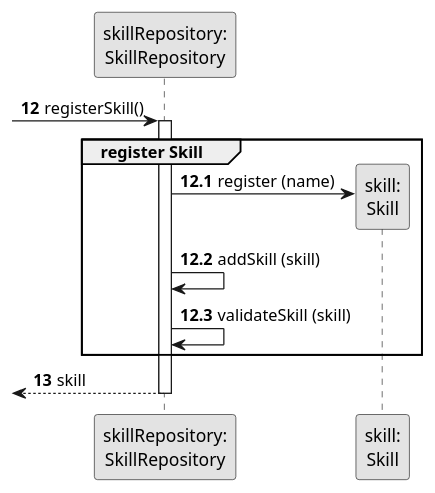
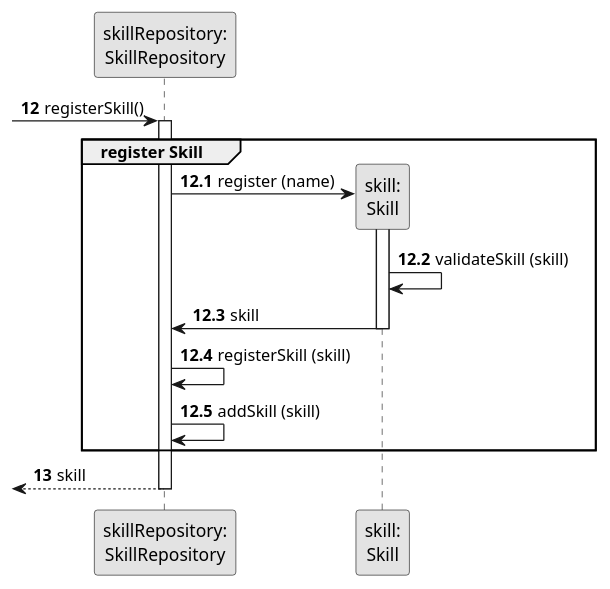
One commit to daniel41silva05/ISEP_2023_2024_LAPR2 changed the diagram in docs/sprintA&B/us001/03.design/puml/us001-sequence-diagram-partial-register-skill.puml. Above: the diagram before and after it, drawn with PlantUML. The commit also changed 3 other files, not shown here.

```diff
--- a/docs/sprintA&B/us001/03.design/puml/us001-sequence-diagram-partial-register-skill.puml
+++ b/docs/sprintA&B/us001/03.design/puml/us001-sequence-diagram-partial-register-skill.puml
@@ -1,32 +1,39 @@
 @startuml
 skinparam monochrome true
 skinparam packageStyle rectangle
 skinparam shadowing false
 
 autonumber
 
 'hide footbox
 
 participant "skillRepository:\nSkillRepository" as SkillREP
 participant "skill:\nSkill" as SKILL
 
 autonumber 12
 
  -> SkillREP : registerSkill()
 autonumber 12.1
 activate SkillREP
     group register Skill
 
             SkillREP -> SKILL** : register (name)
+                activate SKILL
 
-            SkillREP -> SkillREP : addSkill (skill)
+                    SKILL -> SKILL : validateSkill (skill)
 
-            SkillREP -> SkillREP : validateSkill (skill)
+                    SKILL -> SkillREP : skill
+                     deactivate SKILL
+
+                    SkillREP -> SkillREP : registerSkill (skill)
+
+                    SkillREP -> SkillREP : addSkill (skill)
+
     end
     autonumber 13
     <-- SkillREP  : skill
 deactivate SkillREP
 
 
 
 @enduml
```
